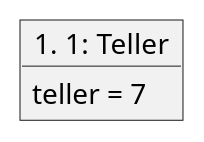
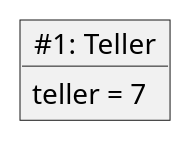
The first of 3 diagrams in src/main/asciidoc/README.adoc (hallvard/java-eksempler), drawn with PlantUML before and after one commit. The commit also changed other lines of this file, not shown here.

```diff
--- a/src/main/asciidoc/README.adoc
+++ b/src/main/asciidoc/README.adoc
@@ -43,6 +43,6 @@
 [plantuml]
 ----
-object "#1: Teller" as counter1 {
+object "~#1: Teller" as counter1 {
     teller = 7
 }
 ----
```
